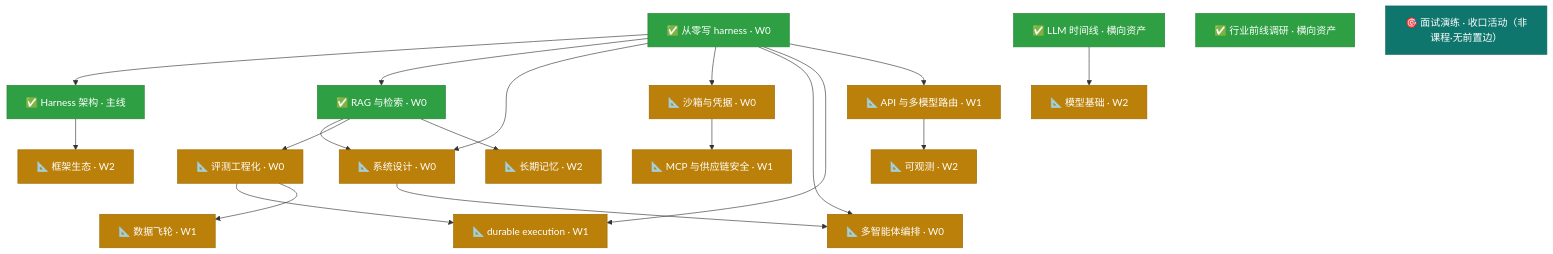
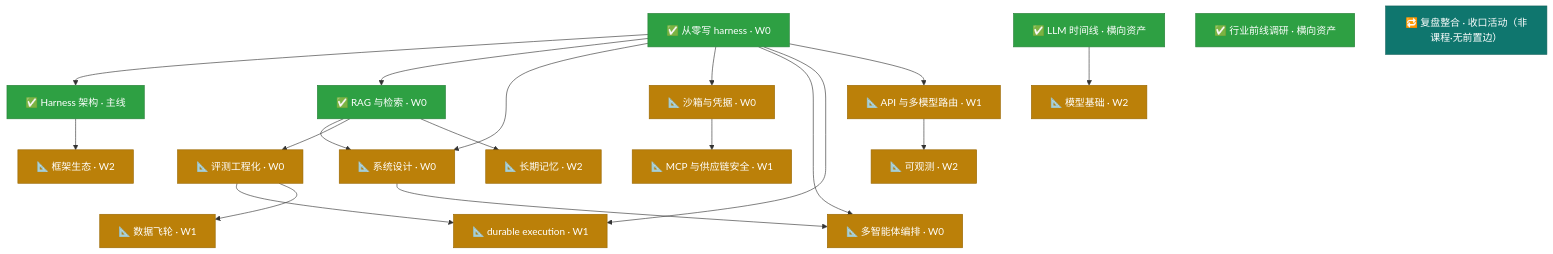
One commit to zo0043/learn-agent-harness changed the diagram in notes/knowledge-map.md. Above: the diagram before and after it, drawn with Mermaid. The commit also changed other lines of this file and 61 other files, not shown here.

First line of the commit message:
feat(site): 去面试化 —— 删题库/面试内容，站点回归「讲义库与知识地图」定位

````diff
--- a/notes/knowledge-map.md
+++ b/notes/knowledge-map.md
@@ -84,44 +83,44 @@
 ```mermaid
 graph TD
   classDef done fill:#2ea043,stroke:#278038,color:#fff
   classDef doing fill:#bb8009,stroke:#9a6700,color:#fff
   classDef todo fill:#6e7681,stroke:#57606a,color:#fff
   classDef hub fill:#0f766e,stroke:#0d5f59,color:#fff
 
   HARNESS["✅ 从零写 harness · W0"]:::done
   AGENTH["✅ Harness 架构 · 主线"]:::done
   RAG["✅ RAG 与检索 · W0"]:::done
   SYSDESIGN["📐 系统设计 · W0"]:::doing
   SANDBOX["📐 沙箱与凭据 · W0"]:::doing
   EVAL["📐 评测工程化 · W0"]:::doing
   DURABLE["📐 durable execution · W1"]:::doing
   MCP["📐 MCP 与供应链安全 · W1"]:::doing
   API["📐 API 与多模型路由 · W1"]:::doing
   FLYWHEEL["📐 数据飞轮 · W1"]:::doing
   OBS["📐 可观测 · W2"]:::doing
   MEMORY["📐 长期记忆 · W2"]:::doing
   MODEL["📐 模型基础 · W2"]:::doing
   FRAMEWORK["📐 框架生态 · W2"]:::doing
   MULTIAGENT["📐 多智能体编排 · W0"]:::doing
   TIMELINE["✅ LLM 时间线 · 横向资产"]:::done
   INDUSTRY["✅ 行业前线调研 · 横向资产"]:::done
-  INTERVIEW["🎯 面试演练 · 收口活动（非课程·无前置边）"]:::hub
+  SYNTH["🔁 复盘整合 · 收口活动（非课程·无前置边）"]:::hub
 
   HARNESS --> AGENTH
   HARNESS --> RAG
   HARNESS --> SYSDESIGN
   RAG --> SYSDESIGN
   HARNESS --> SANDBOX
   SANDBOX --> MCP
   RAG --> EVAL
   SYSDESIGN --> MULTIAGENT
   HARNESS --> MULTIAGENT
   HARNESS --> DURABLE
   EVAL --> DURABLE
   HARNESS --> API
   API --> OBS
   RAG --> MEMORY
   EVAL --> FLYWHEEL
   TIMELINE --> MODEL
   AGENTH --> FRAMEWORK
 ```
````
